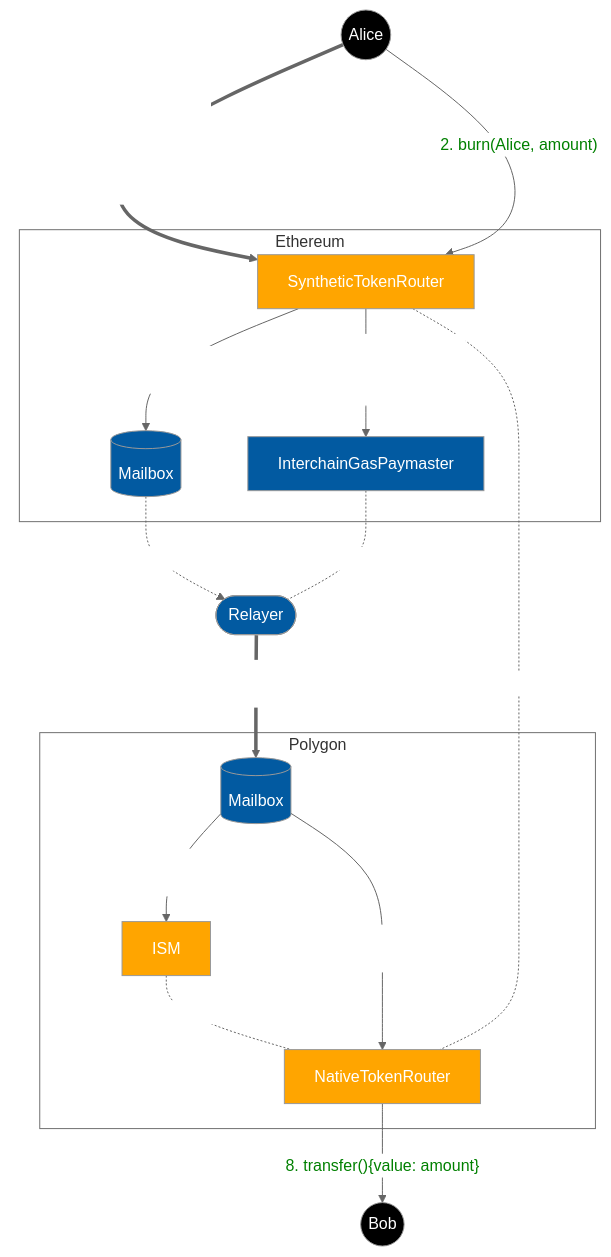
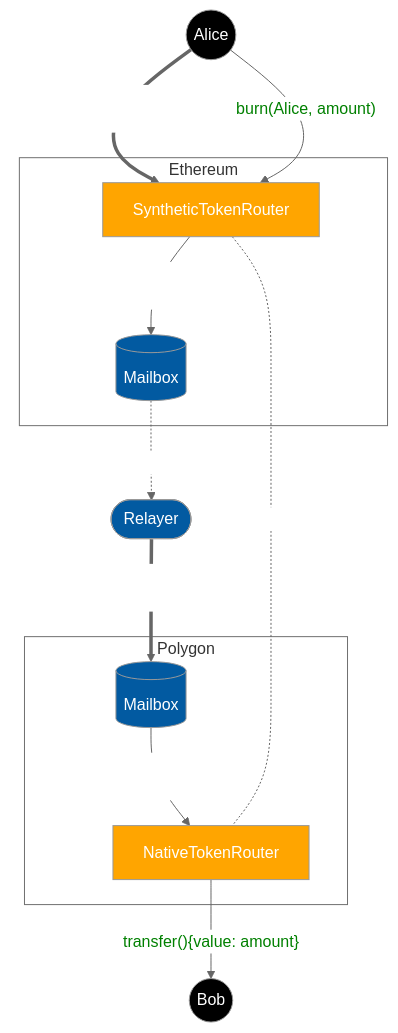
One commit to hyperlane-xyz/hyperlane-token changed the fourth of 4 diagrams in README.md. Above: the diagram before and after it, drawn with Mermaid. The commit also changed other lines of this file, not shown here.

````diff
--- a/README.md
+++ b/README.md
@@ -171,53 +174,45 @@
 ```mermaid
 %%{ init: {
   "theme": "neutral",
   "themeVariables": {
     "mainBkg": "#025AA1",
     "textColor": "white",
     "clusterBkg": "white"
   },
   "themeCSS": ".edgeLabel { color: black }"
 }}%%
 
 graph TB
     Bob((Bob))
     style Bob fill:black
     Alice((Alice))
     style Alice fill:black
 
     Relayer([Relayer])
 
     subgraph "Ethereum"
         HYP_E[SyntheticTokenRouter]
-        IGP_E[InterchainGasPaymaster]
         style HYP_E fill:orange
         Mailbox_E[(Mailbox)]
     end
 
-    Alice == "1. transferRemote(Polygon, Bob, amount)\n{value: interchainGasPayment}" ==> HYP_E
-    Alice -- "2. burn(Alice, amount)" --> HYP_E
+    Alice == "transferRemote(Polygon, Bob, amount)" ==> HYP_E
+    Alice -- "burn(Alice, amount)" --> HYP_E
     linkStyle 1 color:green;
-    HYP_E -- "3. id = dispatch(Polygon, (Bob, amount))" --> Mailbox_E
-
-    HYP_E -- "4. payForGas(id)\n{value: interchainGasPayment}" --> IGP_E
-    IGP_E -. "paymaster" .- Relayer
+    HYP_E -- "dispatch(Polygon, (Bob, amount))" --> Mailbox_E
     
     subgraph "Polygon"
-        ISM_P[ISM]
-        style ISM_P fill:orange
         HYP_P[NativeTokenRouter]
         style HYP_P fill:orange
         Mailbox_P[(Mailbox)]
     end
 
     Mailbox_E -. "indexing" .-> Relayer
 
-    Relayer == "5. process(Ethereum, (Bob, amount))" ==> Mailbox_P
-    Mailbox_P -- "6. verify(Ethereum, (Bob, amount))" --> ISM_P
-    Mailbox_P -- "7. handle(Ethereum, (Bob, amount))" --> HYP_P
+    Relayer == "process(Ethereum, (Bob, amount))" ==> Mailbox_P
+    Mailbox_P -- "handle(Ethereum, (Bob, amount))" --> HYP_P
 
     HYP_E -. "router" .- HYP_P
-    ISM_P -. "interchainSecurityModule" .- HYP_P
-    HYP_P -- "8. transfer(){value: amount}" --> Bob
-    linkStyle 11 color:green;
+    HYP_P -- "transfer(){value: amount}" --> Bob
+    linkStyle 7 color:green;
 ```
````
